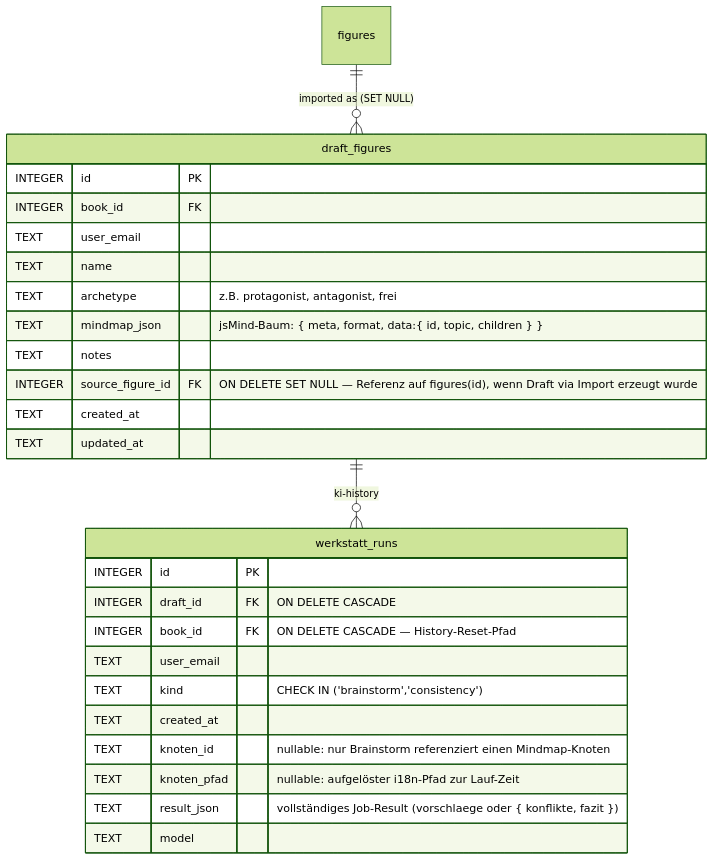
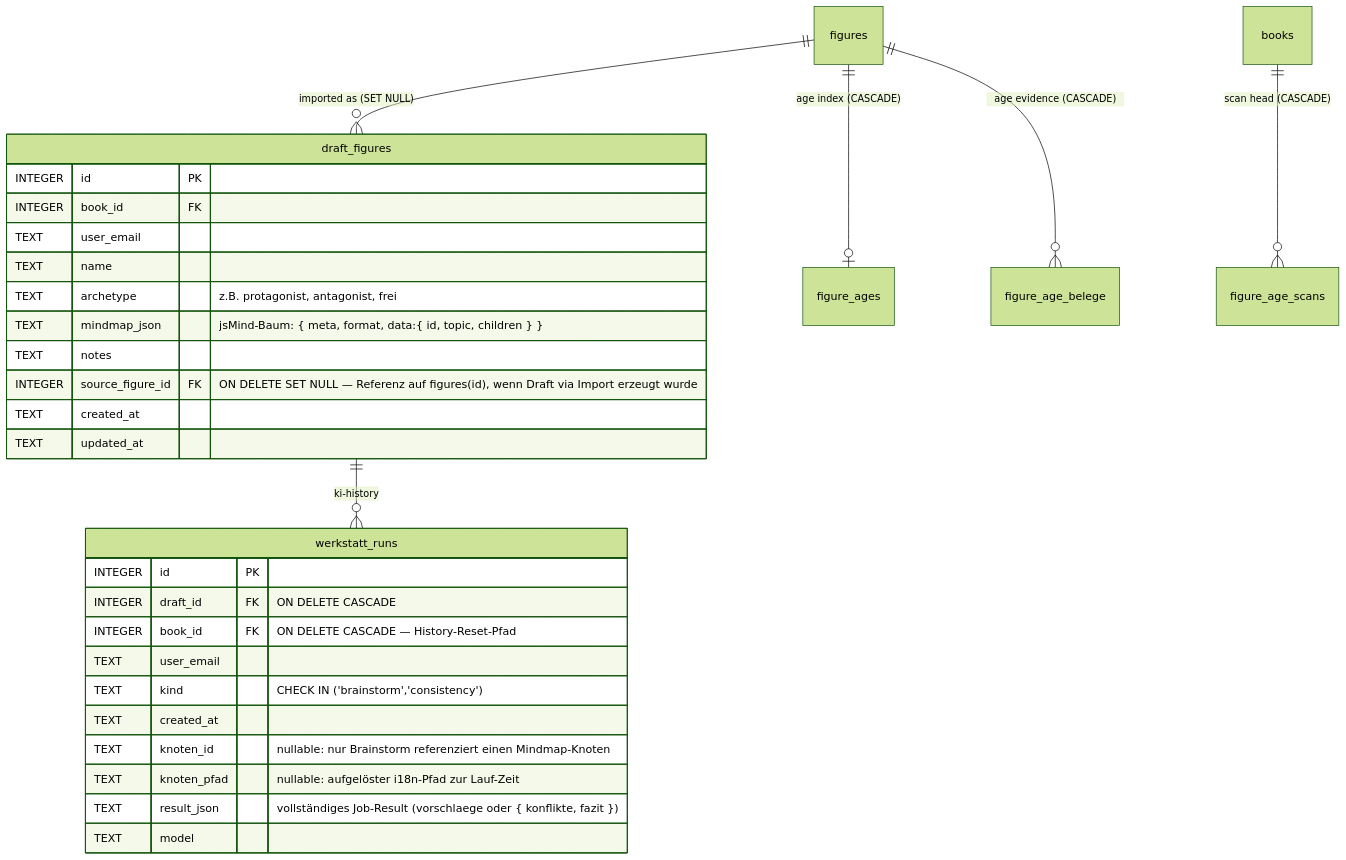
One commit to bedeberger/bookstack-lektorat changed the fourth of 8 diagrams in docs/erd.md. Above: the diagram before and after it, drawn with Mermaid (forest theme). The commit also changed other lines of this file and 39 other files, not shown here.

````diff
--- a/docs/erd.md
+++ b/docs/erd.md
@@ -934,29 +977,32 @@
 ```mermaid
 erDiagram
   draft_figures {
     INTEGER id               PK
     INTEGER book_id          FK
     TEXT    user_email
     TEXT    name
     TEXT    archetype        "z.B. protagonist, antagonist, frei"
     TEXT    mindmap_json     "jsMind-Baum: { meta, format, data:{ id, topic, children } }"
     TEXT    notes
     INTEGER source_figure_id FK "ON DELETE SET NULL — Referenz auf figures(id), wenn Draft via Import erzeugt wurde"
     TEXT    created_at
     TEXT    updated_at
   }
   werkstatt_runs {
     INTEGER id          PK
     INTEGER draft_id    FK "ON DELETE CASCADE"
     INTEGER book_id     FK "ON DELETE CASCADE — History-Reset-Pfad"
     TEXT    user_email
     TEXT    kind        "CHECK IN ('brainstorm','consistency')"
     TEXT    created_at
     TEXT    knoten_id   "nullable: nur Brainstorm referenziert einen Mindmap-Knoten"
     TEXT    knoten_pfad "nullable: aufgelöster i18n-Pfad zur Lauf-Zeit"
     TEXT    result_json "vollständiges Job-Result (vorschlaege oder { konflikte, fazit })"
     TEXT    model
   }
+  figures ||--o| figure_ages : "age index (CASCADE)"
+  figures ||--o{ figure_age_belege : "age evidence (CASCADE)"
+  books ||--o{ figure_age_scans : "scan head (CASCADE)"
   figures ||--o{ draft_figures : "imported as (SET NULL)"
   draft_figures ||--o{ werkstatt_runs : "ki-history"
 ```
````
